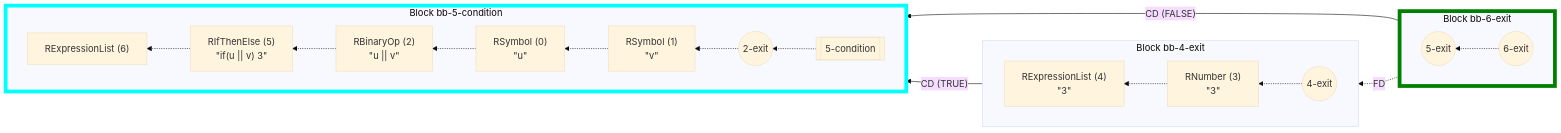
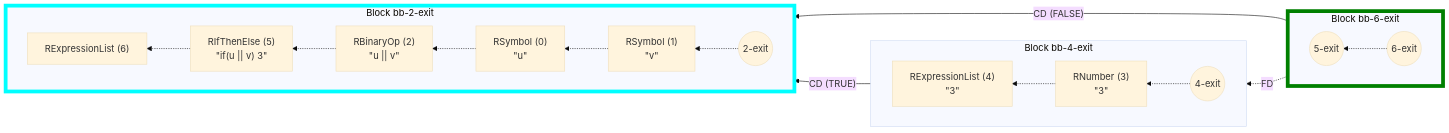
Before and after one commit to flowr-analysis/flowr: the fourth of 23 diagrams in wiki/Control Flow Graph.md, drawn with Mermaid (base theme). The commit also changed other lines of this file and 2 other files, not shown here.

````diff
--- a/wiki/Control Flow Graph.md
+++ b/wiki/Control Flow Graph.md
@@ -229,43 +225,41 @@
 ```mermaid
 flowchart RL
-    subgraph nbb-5-condition [Block bb-5-condition]
+    subgraph nbb-2-exit [Block bb-2-exit]
         direction RL
-    n5-condition[[5-condition]]
     n2-exit((2-exit))
-    n5-condition -.-> n2-exit
     n1["`RSymbol (1)
 #34;v#34;`"]
     n2-exit -.-> n1
     n0["`RSymbol (0)
 #34;u#34;`"]
     n1 -.-> n0
     n2["`RBinaryOp (2)
 #34;u || v#34;`"]
     n0 -.-> n2
     n5["`RIfThenElse (5)
 #34;if(u || v) 3#34;`"]
     n2 -.-> n5
     n6["`RExpressionList (6)`"]
     n5 -.-> n6
     end
     subgraph nbb-4-exit [Block bb-4-exit]
         direction RL
     n4-exit((4-exit))
     n3["`RNumber (3)
 #34;3#34;`"]
     n4-exit -.-> n3
     n4["`RExpressionList (4)
 #34;3#34;`"]
     n3 -.-> n4
     end
     subgraph nbb-6-exit [Block bb-6-exit]
         direction RL
     n6-exit((6-exit))
     n5-exit((5-exit))
     n6-exit -.-> n5-exit
     end
     nbb-6-exit -.->|"FD"| nbb-4-exit
-    nbb-6-exit -->|"CD (FALSE)"| nbb-5-condition
-    nbb-4-exit -->|"CD (TRUE)"| nbb-5-condition
-    style nbb-5-condition stroke:cyan,stroke-width:6.5px;    style nbb-6-exit stroke:green,stroke-width:6.5px;
+    nbb-6-exit -->|"CD (FALSE)"| nbb-2-exit
+    nbb-4-exit -->|"CD (TRUE)"| nbb-2-exit
+    style nbb-2-exit stroke:cyan,stroke-width:6.5px;    style nbb-6-exit stroke:green,stroke-width:6.5px;
 ```
````
